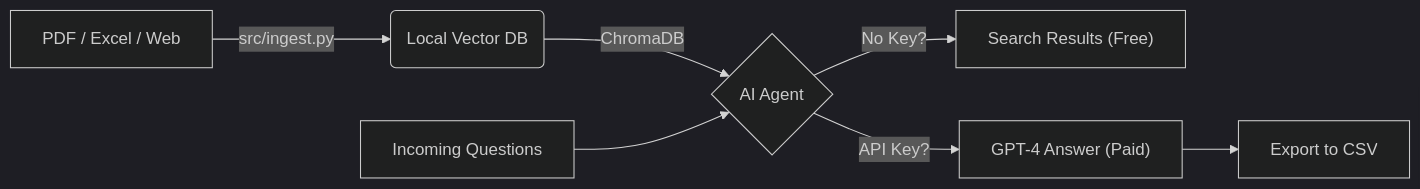
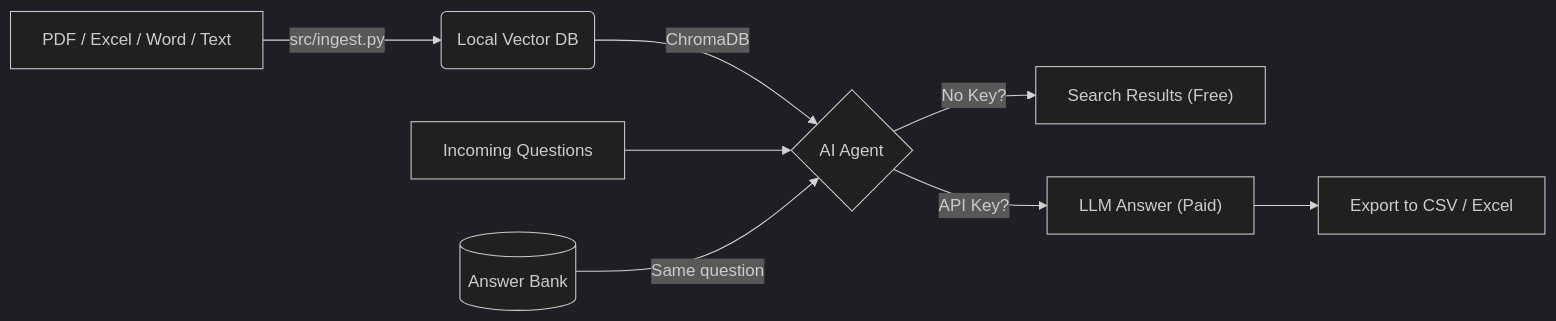
One commit to codyjkeller/ai-vendor-response-agent changed the diagram in README.md. Above: the diagram before and after it, drawn with Mermaid (dark theme). The commit also changed other lines of this file and 1 other file, not shown here.

````diff
--- a/README.md
+++ b/README.md
@@ -25,9 +27,10 @@
 ```mermaid
 graph LR
-    A[PDF / Excel / Web] -->|src/ingest.py| B(Local Vector DB)
+    A[PDF / Excel / Word / Text] -->|src/ingest.py| B(Local Vector DB)
     B -->|ChromaDB| C{AI Agent}
     D[Incoming Questions] --> C
+    H[(Answer Bank)] -->|Same question| C
     C -->|No Key?| E["Search Results (Free)"]
-    C -->|API Key?| F["GPT-4 Answer (Paid)"]
-    F --> G[Export to CSV]
+    C -->|API Key?| F["LLM Answer (Paid)"]
+    F --> G[Export to CSV / Excel]
 ```
````
